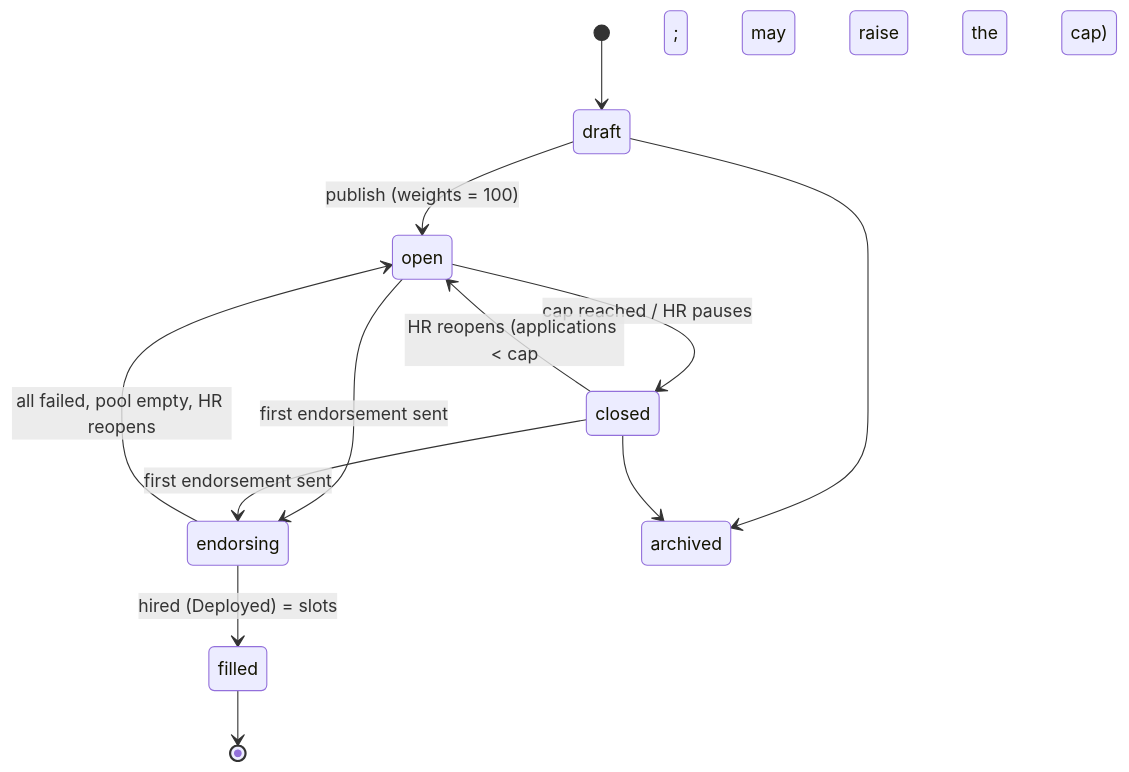
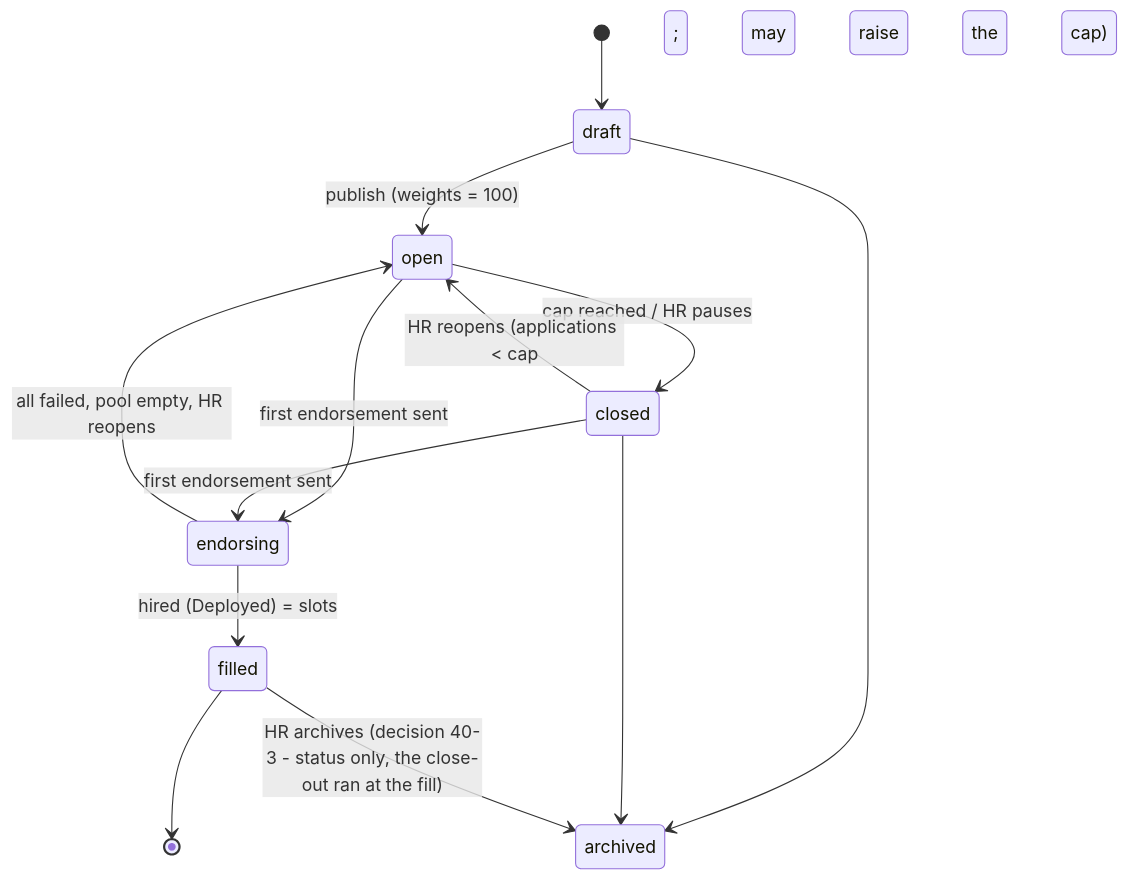
One commit to Aenyxxx/VERA changed the ninth of 9 diagrams in docs/APP_FLOW.md. Above: the diagram before and after it, drawn with Mermaid. The commit also changed other lines of this file and 26 other files, not shown here.

Commit message:
feat(vacancies): decision 40-3 archive vacancies by choice - bulk dialog, filled can be archived, archived hidden by default (FR-VAC-03)

````diff
--- a/docs/APP_FLOW.md
+++ b/docs/APP_FLOW.md
@@ -409,14 +409,15 @@
 ```mermaid
 stateDiagram-v2
   [*] --> draft
   draft --> open: publish (weights = 100)
   open --> closed: cap reached / HR pauses
   closed --> open: HR reopens (applications < cap; may raise the cap)
   open --> endorsing: first endorsement sent
   closed --> endorsing: first endorsement sent
   endorsing --> filled: hired (Deployed) = slots
   endorsing --> open: all failed, pool empty, HR reopens
   filled --> [*]
   draft --> archived
   closed --> archived
+  filled --> archived: HR archives (decision 40-3 - status only, the close-out ran at the fill)
 ```
````
